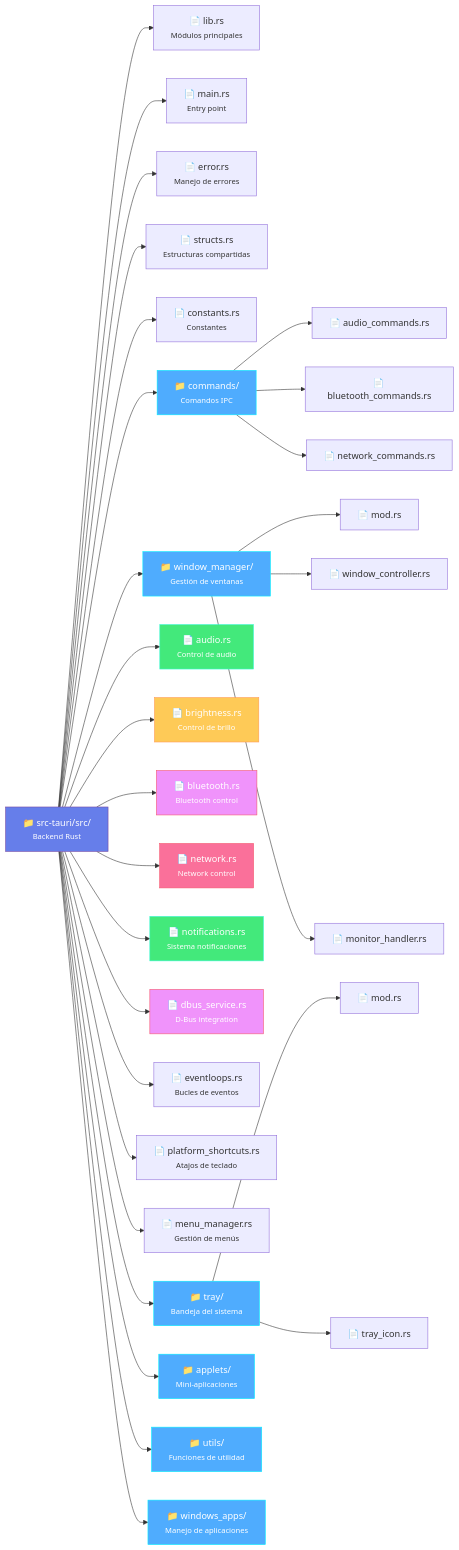
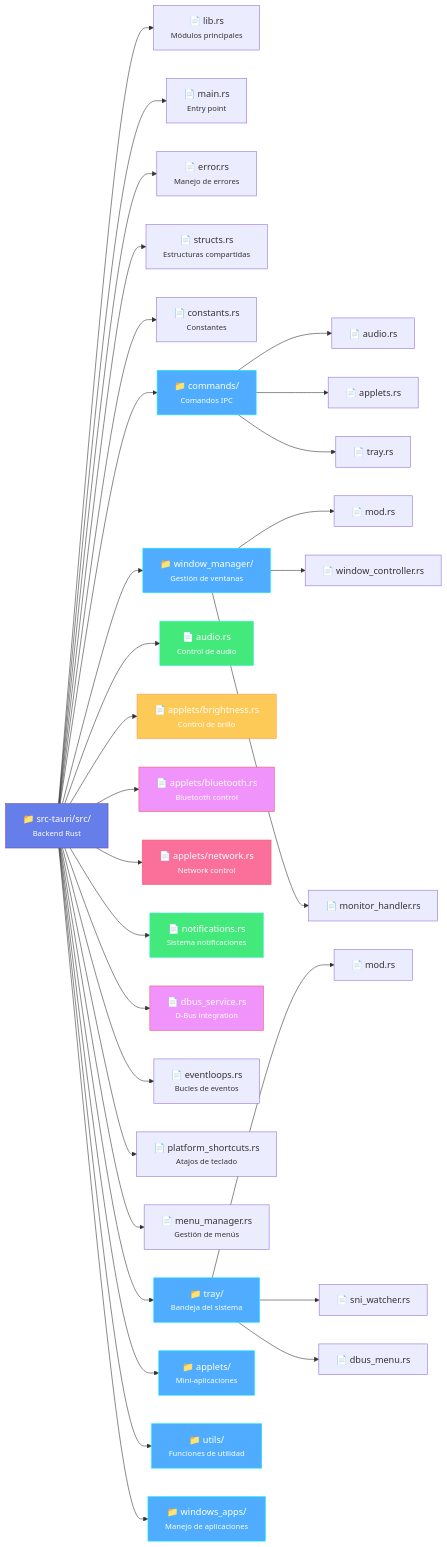
One commit to Vasak-OS/website changed the seventh of 7 diagrams in content/docs/devs/vasak-desktop/architecture.md. Above: the diagram before and after it, drawn with Mermaid. The commit also changed other lines of this file and 33 other files, not shown here.

```diff
--- a/content/docs/devs/vasak-desktop/architecture.md
+++ b/content/docs/devs/vasak-desktop/architecture.md
@@ -421,49 +416,50 @@
 {{< mermaid >}}
 graph LR
     SrcTauri["📁 src-tauri/src/<br/><small>Backend Rust</small>"]
     SrcTauri --> LibRs["📄 lib.rs<br/><small>Módulos principales</small>"]
     SrcTauri --> MainRs["📄 main.rs<br/><small>Entry point</small>"]
     SrcTauri --> ErrorRs["📄 error.rs<br/><small>Manejo de errores</small>"]
     SrcTauri --> StructRs["📄 structs.rs<br/><small>Estructuras compartidas</small>"]
     SrcTauri --> ConstRs["📄 constants.rs<br/><small>Constantes</small>"]
     SrcTauri --> Commands["📁 commands/<br/><small>Comandos IPC</small>"]
     SrcTauri --> WinMgr["📁 window_manager/<br/><small>Gestión de ventanas</small>"]
     SrcTauri --> AudioRs["📄 audio.rs<br/><small>Control de audio</small>"]
-    SrcTauri --> BrightRs["📄 brightness.rs<br/><small>Control de brillo</small>"]
-    SrcTauri --> BTRs["📄 bluetooth.rs<br/><small>Bluetooth control</small>"]
-    SrcTauri --> NetRs["📄 network.rs<br/><small>Network control</small>"]
+    SrcTauri --> BrightRs["📄 applets/brightness.rs<br/><small>Control de brillo</small>"]
+    SrcTauri --> BTRs["📄 applets/bluetooth.rs<br/><small>Bluetooth control</small>"]
+    SrcTauri --> NetRs["📄 applets/network.rs<br/><small>Network control</small>"]
     SrcTauri --> NotifRs["📄 notifications.rs<br/><small>Sistema notificaciones</small>"]
     SrcTauri --> DBusRs["📄 dbus_service.rs<br/><small>D-Bus integration</small>"]
     SrcTauri --> EventsRs["📄 eventloops.rs<br/><small>Bucles de eventos</small>"]
     SrcTauri --> ShortcutsRs["📄 platform_shortcuts.rs<br/><small>Atajos de teclado</small>"]
     SrcTauri --> MenuRs["📄 menu_manager.rs<br/><small>Gestión de menús</small>"]
     SrcTauri --> Tray["📁 tray/<br/><small>Bandeja del sistema</small>"]
     SrcTauri --> Applets["📁 applets/<br/><small>Mini-aplicaciones</small>"]
     SrcTauri --> Utils["📁 utils/<br/><small>Funciones de utilidad</small>"]
     SrcTauri --> WinApps["📁 windows_apps/<br/><small>Manejo de aplicaciones</small>"]
     
-    Commands --> AudioCmd["📄 audio_commands.rs"]
-    Commands --> BTCmd["📄 bluetooth_commands.rs"]
-    Commands --> NetCmd["📄 network_commands.rs"]
+    Commands --> AudioCmd["📄 audio.rs"]
+    Commands --> BTCmd["📄 applets.rs"]
+    Commands --> NetCmd["📄 tray.rs"]
     
     WinMgr --> ModWin["📄 mod.rs"]
     WinMgr --> WinCtrl["📄 window_controller.rs"]
     WinMgr --> MonMgr["📄 monitor_handler.rs"]
     
     Tray --> ModTray["📄 mod.rs"]
-    Tray --> TrayIcon["📄 tray_icon.rs"]
+    Tray --> TrayIcon["📄 sni_watcher.rs"]
+    Tray --> TrayMenu["📄 dbus_menu.rs"]
     
     style SrcTauri fill:#667eea,stroke:#764ba2,color:#fff
     style Commands fill:#4facfe,stroke:#00f2fe,color:#fff
     style WinMgr fill:#4facfe,stroke:#00f2fe,color:#fff
     style Tray fill:#4facfe,stroke:#00f2fe,color:#fff
     style Utils fill:#4facfe,stroke:#00f2fe,color:#fff
     style Applets fill:#4facfe,stroke:#00f2fe,color:#fff
     style WinApps fill:#4facfe,stroke:#00f2fe,color:#fff
     style AudioRs fill:#43e97b,stroke:#38f9d7,color:#fff
     style BrightRs fill:#feca57,stroke:#ff9a56,color:#fff
     style BTRs fill:#f093fb,stroke:#f5576c,color:#fff
     style NetRs fill:#fa709a,stroke:#f5576c,color:#fff
     style NotifRs fill:#43e97b,stroke:#38f9d7,color:#fff
     style DBusRs fill:#f093fb,stroke:#f5576c,color:#fff
 {{< /mermaid >}}
```
